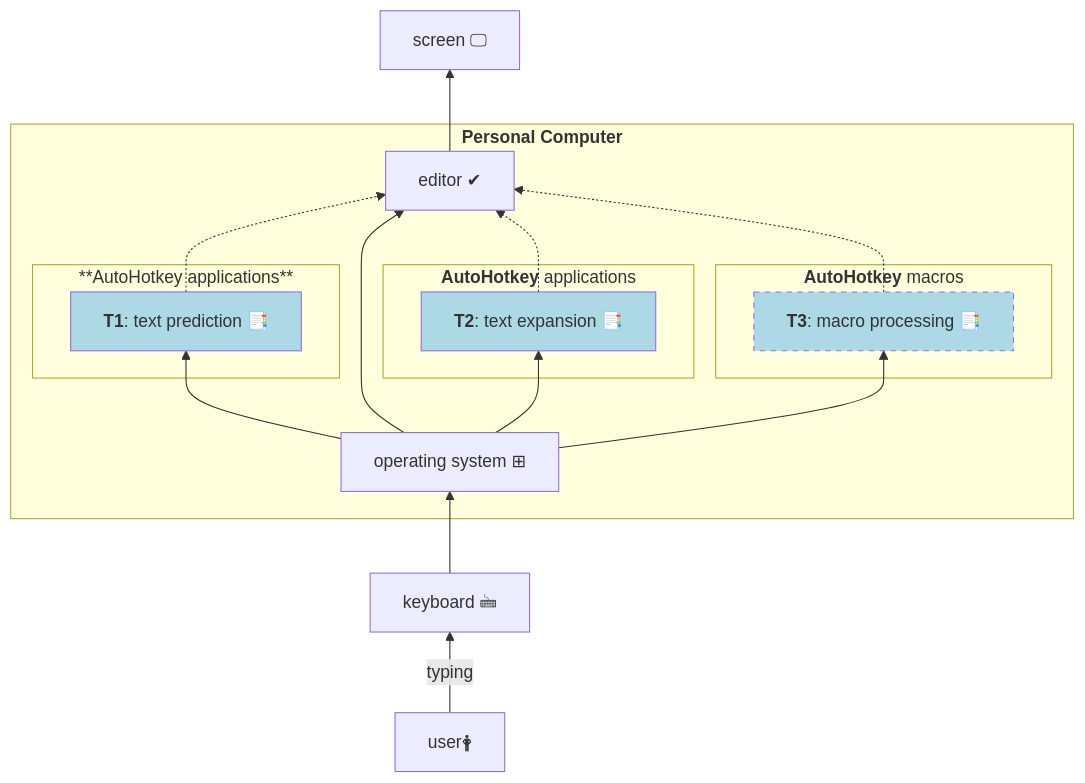
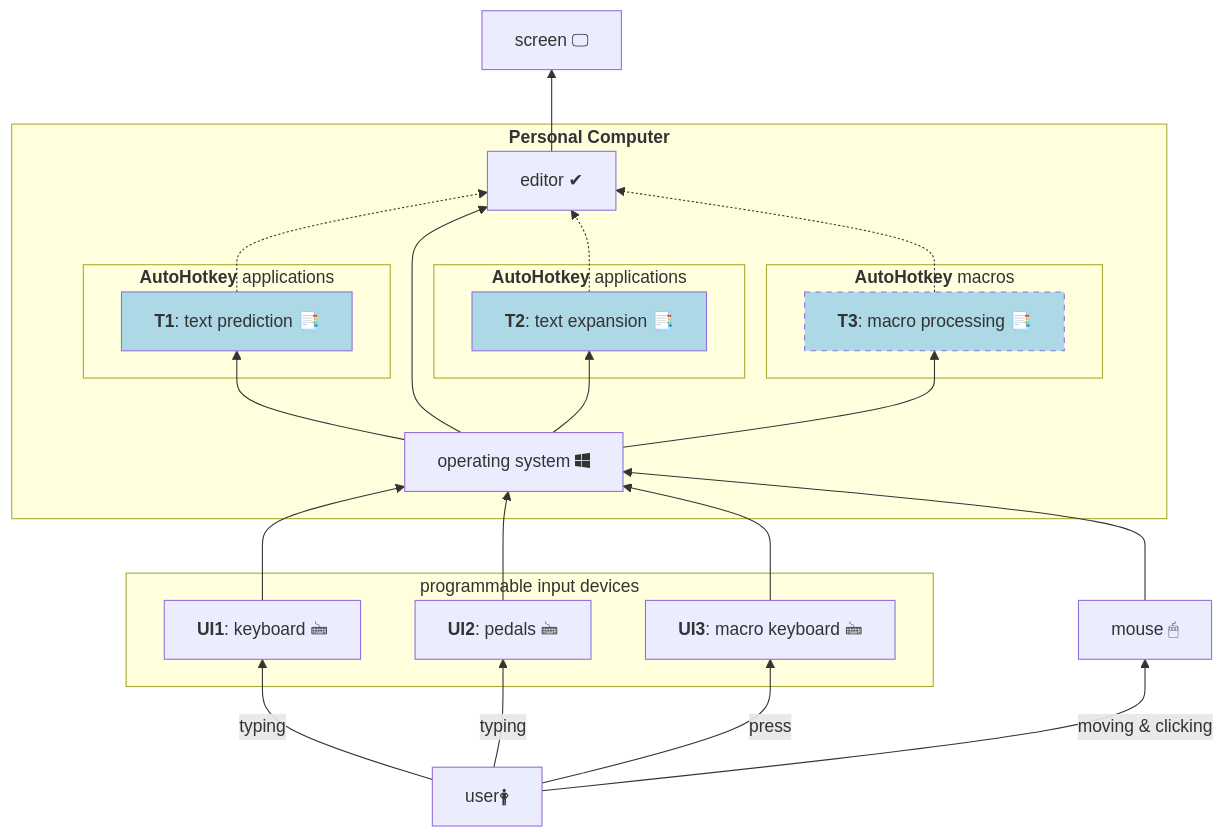
The fourth of 4 diagrams in BlockDiagrams_VSC.md (mslonik/mslonik), drawn with Mermaid before and after one commit. The commit also changed other lines of this file, not shown here.

````diff
--- a/BlockDiagrams_VSC.md
+++ b/BlockDiagrams_VSC.md
@@ -127,45 +171,60 @@
 ```mermaid
-%% hybrid approach 2
+%% new approach
 flowchart BT
 	user["user🛉"]
-	keyboard["`keyboard 🖮`"]
+	keyboard["`**UI1**: keyboard 🖮`"]
+	pedals["`**UI2**: pedals 🖮`"]
+	MacroKeyboard["`**UI3**: macro keyboard 🖮`"]
+	mouse["`mouse 🖱`"]
 	screen["screen 🖵"] 
-	OperatingSystem["operating system ⊞"]
+	OperatingSystem["operating system <i class="fa-brands fa-windows"></i>"]
 	editor["editor ✔"]
 	TextPrediction["`**T1**: text prediction 📑`"]
 	TextExpansion["`**T2**: text expansion 📑`"]
-    MacroProcessing["`**T3**: macro processing 📑`"]
+	MacroProcessing["`**T3**: macro processing 📑`"]
 
-    user	-->	 |typing| keyboard
+	user	-->	|typing| keyboard
+	user	-->	|typing| pedals
+	user	-->	|press| MacroKeyboard
+	user	-->	|moving & clicking| mouse
     
-    subgraph "`**Personal Computer**`"
+	subgraph programmable input devices
+		keyboard
+		pedals
+		MacroKeyboard
+	end
+
+	subgraph "`**Personal Computer**`"
+		style TextPrediction 	fill:lightblue
+		style TextExpansion 	fill:lightblue
+		style MacroProcessing   fill:lightblue, stroke-dasharray:5
+
+		subgraph "`**AutoHotkey** applications`"
+			TextPrediction
+		end
+
+		subgraph "`**AutoHotkey** applications`"
+			TextExpansion
+		end
+
+		subgraph "`**AutoHotkey** macros`"
+			MacroProcessing
+		end
+   
+		OperatingSystem	-->	TextPrediction
+		OperatingSystem	-->	TextExpansion
+		OperatingSystem     -->	MacroProcessing
         
-        style TextPrediction 	fill:lightblue
-        style TextExpansion 	fill:lightblue
-        style MacroProcessing   fill:lightblue, stroke-dasharray:5
+		TextPrediction 	-.-> editor
+		OperatingSystem	-->	editor
+		TextExpansion 		-.->	editor
+		MacroProcessing     -.->	editor
+	end
 
-        subgraph "**AutoHotkey applications**"
-            TextPrediction
-        end
+	keyboard			--> 	OperatingSystem
+	pedals 			--> 	OperatingSystem
+	MacroKeyboard       -->	OperatingSystem
+	mouse			-->	OperatingSystem
 
-        subgraph "`**AutoHotkey** applications`"
-            TextExpansion
-        end
-   
-        subgraph "`**AutoHotkey** macros`"
-            MacroProcessing
-        end
-
-        OperatingSystem		--> 	TextPrediction
-        OperatingSystem		--> 	TextExpansion
-        OperatingSystem		--> 	MacroProcessing
-        
-        TextPrediction 		-.-> 	editor
-        OperatingSystem		--> 	editor
-        TextExpansion 		-.-> 	editor
-        MacroProcessing     -.-> 	editor
-    end
-
-        keyboard			--> 	OperatingSystem
-        editor	            --> screen
+	editor			-->	screen
 ```
````
